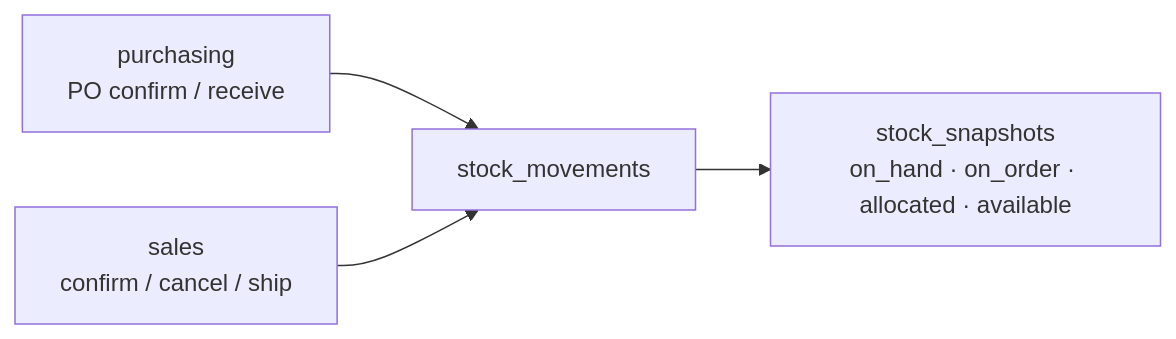
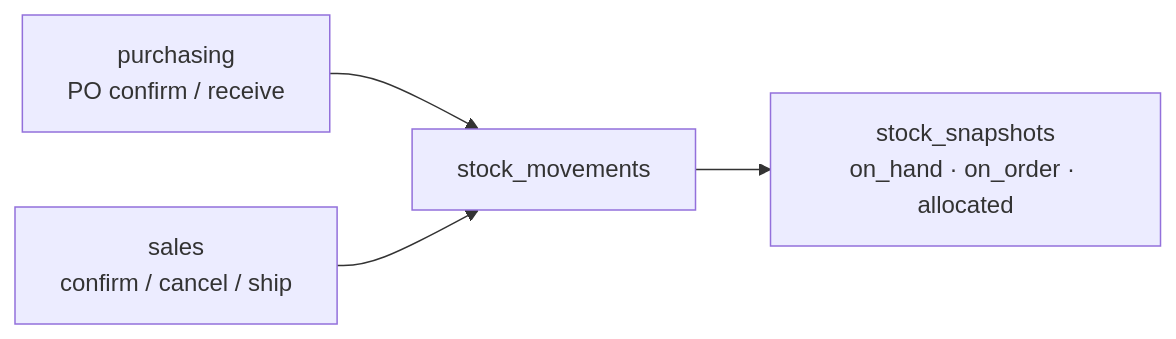
Before and after one commit to adamhinckley/dc-inventory: the third of 4 diagrams in docs/database-design.md, drawn with Mermaid. The commit also changed other lines of this file and 4 other files, not shown here.

First line of the commit message:
ADA-46: omit stock_snapshots.available; derive in repository

````diff
--- a/docs/database-design.md
+++ b/docs/database-design.md
@@ -394,6 +394,6 @@
 ```mermaid
 flowchart LR
   purchasing["purchasing<br/>PO confirm / receive"] --> movements
   sales["sales<br/>confirm / cancel / ship"] --> movements
-  movements["stock_movements"] --> snapshots["stock_snapshots<br/>on_hand · on_order · allocated · available"]
+  movements["stock_movements"] --> snapshots["stock_snapshots<br/>on_hand · on_order · allocated"]
 ```
````
